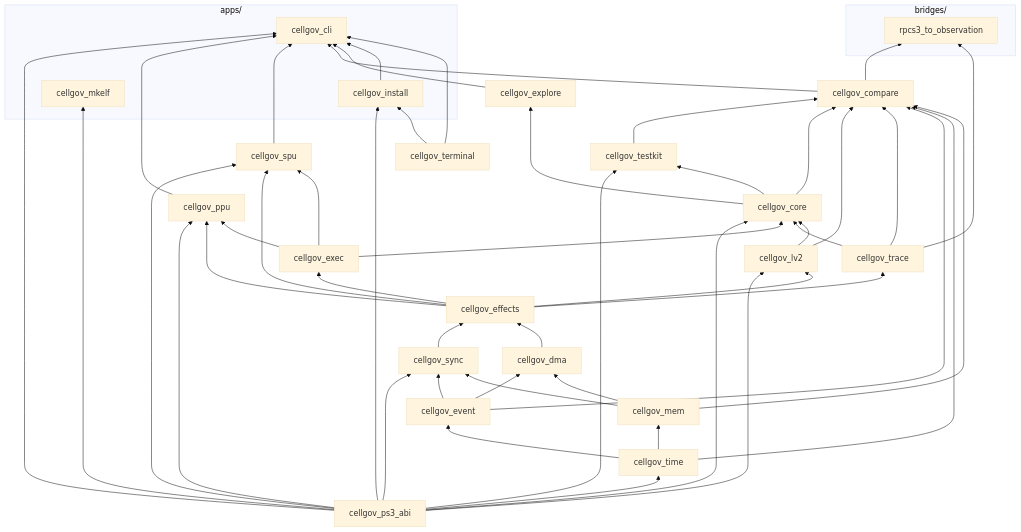
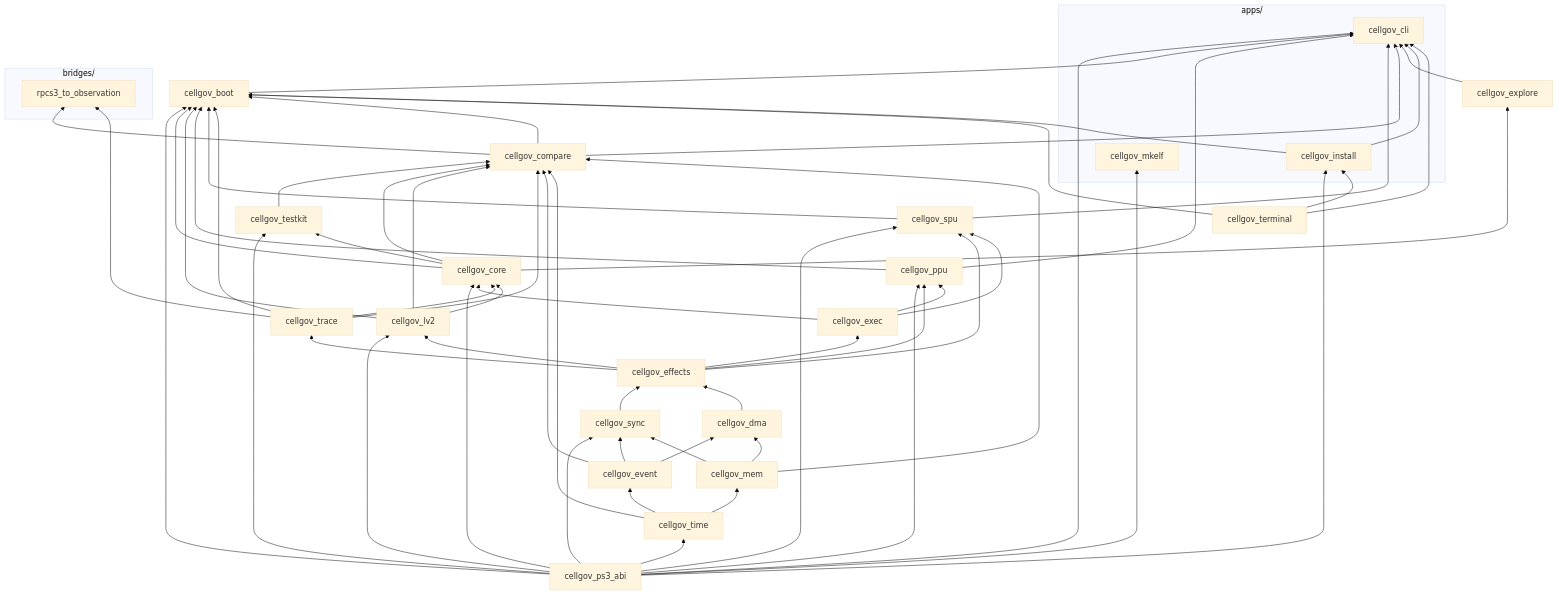
Before and after one commit to RoyalAce22/CellGov: the diagram in docs/architecture/workspace.md, drawn with Mermaid (base theme). The commit also changed other lines of this file and 227 other files, not shown here.

Commit message:
refactor(boot,cli): extract the PS3 process boot into a library crate

```diff
--- a/docs/architecture/workspace.md
+++ b/docs/architecture/workspace.md
@@ -42,6 +42,7 @@
   terminal[cellgov_terminal]
   explore[cellgov_explore]
   compare[cellgov_compare]
+  boot[cellgov_boot]
 
   ps3_abi --> time
   ps3_abi --> sync
@@ -50,6 +51,7 @@
   ps3_abi --> spu
   ps3_abi --> core
   ps3_abi --> testkit
+  ps3_abi --> boot
   ps3_abi --> cli
   ps3_abi --> firmware
   ps3_abi --> mkelf
@@ -88,6 +90,16 @@
   time --> compare
   mem --> compare
 
+  core --> boot
+  lv2 --> boot
+  ppu --> boot
+  spu --> boot
+  trace --> boot
+  compare --> boot
+  firmware --> boot
+  terminal --> boot
+
+  boot --> cli
   ppu --> cli
   spu --> cli
   compare --> cli
```
